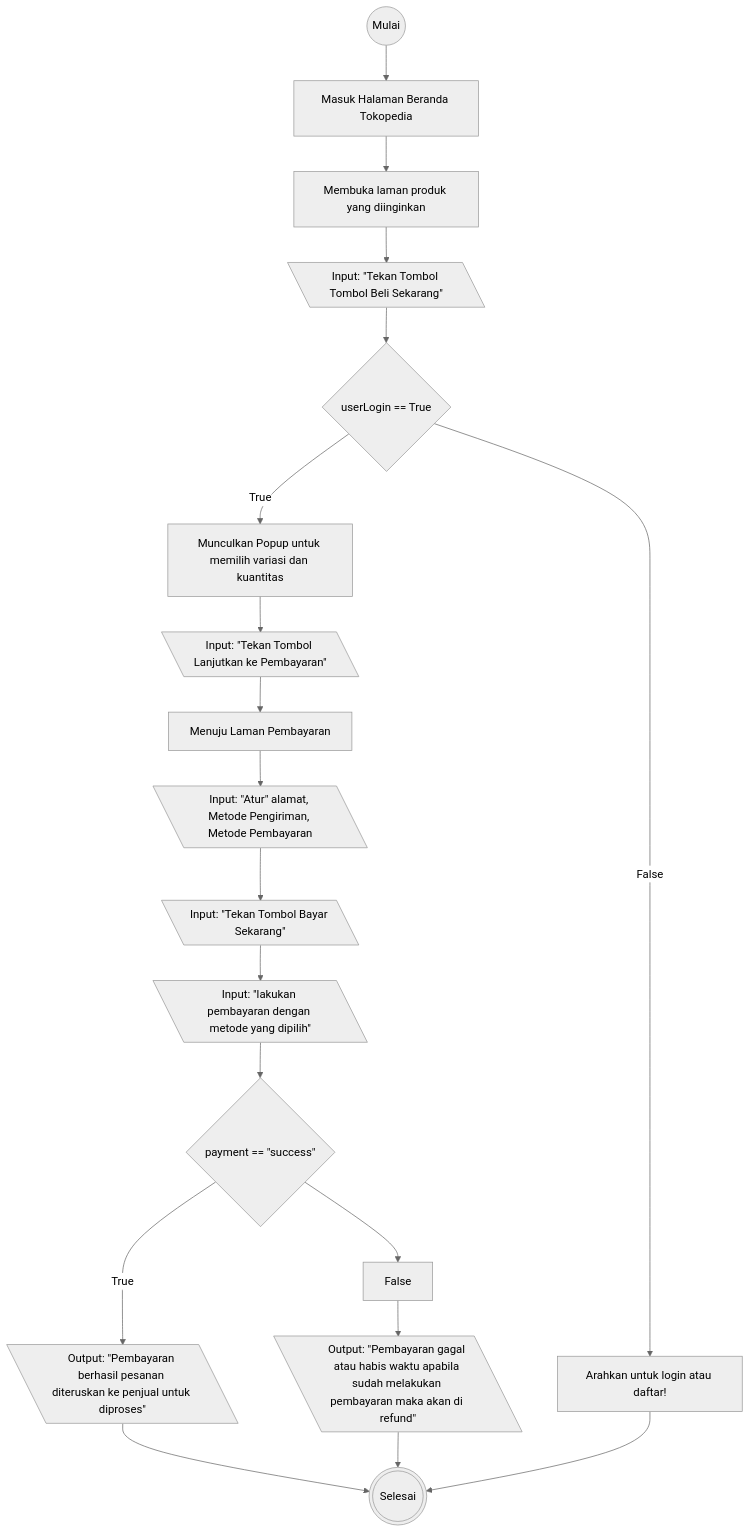
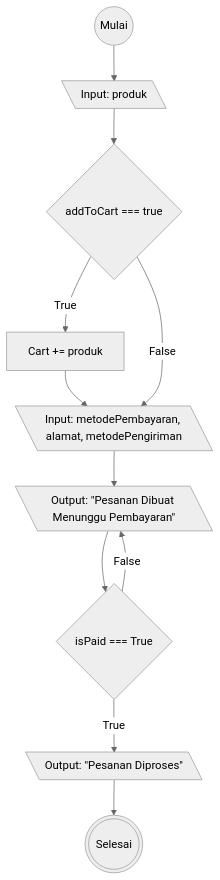
One commit to rezafauzan/koda-b6-algoritma changed the diagram in algorithma-checkout-tokopedia.md. Above: the diagram before and after it, drawn with Mermaid (neutral theme). The commit also changed other lines of this file, not shown here.

Commit message:
Remaster tokopedia's checkout algorithm descriptive and flowchart

````diff
--- a/algorithma-checkout-tokopedia.md
+++ b/algorithma-checkout-tokopedia.md
@@ -21,26 +17,18 @@
 ```mermaid
 flowchart TD
 
 start@{"shape": circle, "label": "Mulai"}
-home@{"shape": rectangle, "label": "Masuk Halaman Beranda Tokopedia"}
-toProduct@{"shape": rectangle, "label": "Membuka laman produk yang diinginkan"}
-ctaBuyNow@{"shape": lean-l, "label": "Input: #quot;Tekan Tombol Tombol Beli Sekarang#quot;"}
-isLogin@{"shape": diamond, "label": "userLogin == True"}
-outputFalseIsLogin@{"shape": rectangle, "label": "Arahkan untuk login atau daftar!"}
-outputTrueIsLogin@{"shape": rectangle, "label": "Munculkan Popup untuk memilih variasi dan kuantitas"}
-ctaConfirm@{"shape": lean-l, "label": "Input: #quot;Tekan Tombol Lanjutkan ke Pembayaran#quot;"}
-toPayment@{"shape": rectangle, "label": "Menuju Laman Pembayaran"}
-paymentPage@{"shape": lean-l, "label": "Input: #quot;Atur#quot; alamat, Metode Pengiriman, Metode Pembayaran"}
-confirmPayment@{"shape": lean-l, "label": "Input: #quot;Tekan Tombol Bayar Sekarang#quot;"}
-doPayment@{"shape": lean-l, "label": "Input: #quot;lakukan pembayaran dengan metode yang dipilih#quot;"}
-isPaymentSuccess@{"shape": diamond, "label": "payment == #quot;success#quot;"}
-outputPaymentSuccess@{"shape": lean-l, "label": "Output: #quot;Pembayaran berhasil pesanan diteruskan ke penjual untuk diproses#quot;"}
-outputPaymentFailed@{"shape": lean-l, "label": "Output: #quot;Pembayaran gagal atau habis waktu apabila sudah melakukan pembayaran maka akan di refund#quot;"}
+inputProduct@{"shape": lean-l, "label": "Input: produk"}
+isAddToCart@{"shape": diamond, "label": addToCart === true}
+isAddToCartTrue@{"shape": rectangle, "label": Cart += produk}
+setPayment@{"shape": lean-l, "label": "Input: metodePembayaran, alamat, metodePengiriman"}
+setOrder@{"shape": lean-l, "label": "Output: #quot;Pesanan Dibuat Menunggu Pembayaran#quot;"}
+isPayment@{"shape": diamond, "label": isPaid === True}
+isPaymentTrue@{"shape": lean-l, "label": "Output: #quot;Pesanan Diproses#quot;"}
 stop@{"shape": dbl-circ, "label": "Selesai"}
 
+start-->inputProduct-->isAddToCart--True-->isAddToCartTrue-->setPayment-->setOrder-->isPayment--True-->isPaymentTrue-->stop
 
-start-->home-->toProduct-->ctaBuyNow-->isLogin--True-->outputTrueIsLogin-->ctaConfirm-->toPayment-->paymentPage-->confirmPayment-->doPayment-->isPaymentSuccess--True-->outputPaymentSuccess-->stop
-
-isLogin--False-->outputFalseIsLogin-->stop
-isPaymentSuccess-->False-->outputPaymentFailed-->stop
+isAddToCart--False-->setPayment
+isPayment--False-->setOrder
 ```
````
